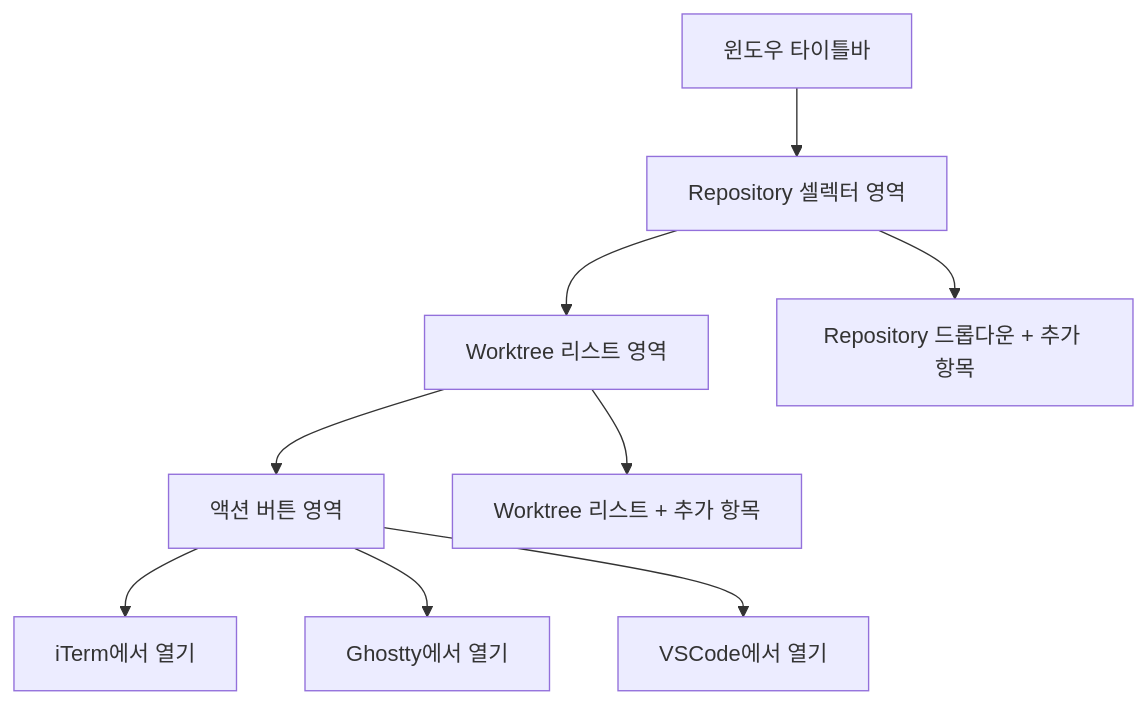
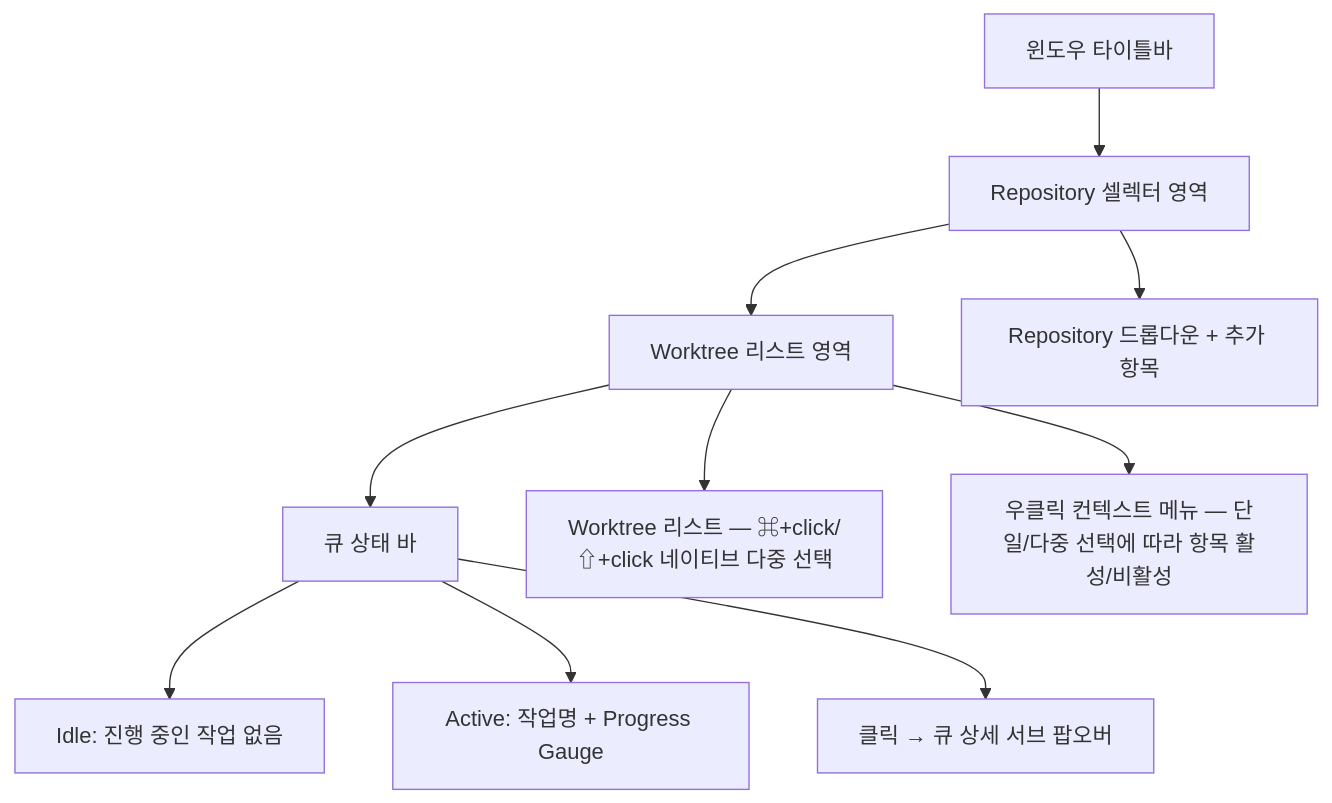
Before and after one commit to sapsaldog/oh-my-worktree: the first of 7 diagrams in docs/PRD.md, drawn with Mermaid. The commit also changed other lines of this file and 15 other files, not shown here.

````diff
--- a/docs/PRD.md
+++ b/docs/PRD.md
@@ -1072,14 +1183,15 @@
 ```mermaid
 graph TD
     A[윈도우 타이틀바] --> B[Repository 셀렉터 영역]
     B --> C[Worktree 리스트 영역]
-    C --> D[액션 버튼 영역]
+    C --> D[큐 상태 바]
 
     B --> B1[Repository 드롭다운 + 추가 항목]
 
-    C --> C1[Worktree 리스트 + 추가 항목]
+    C --> C1[Worktree 리스트 — ⌘+click/⇧+click 네이티브 다중 선택]
+    C --> C2[우클릭 컨텍스트 메뉴 — 단일/다중 선택에 따라 항목 활성/비활성]
 
-    D --> D1[iTerm에서 열기]
-    D --> D2[Ghostty에서 열기]
-    D --> D3[VSCode에서 열기]
+    D --> D1[Idle: 진행 중인 작업 없음]
+    D --> D2[Active: 작업명 + Progress Gauge]
+    D --> D3[클릭 → 큐 상세 서브 팝오버]
 ```
````
